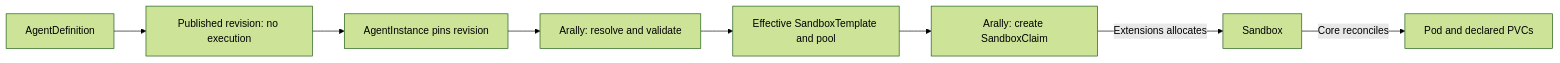
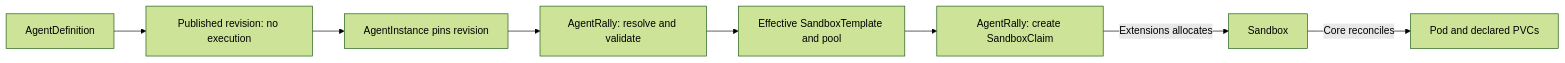
Before and after one commit to chizhang21/agentrally-operator: the second of 3 diagrams in docs/architecture.md, drawn with Mermaid (forest theme). The commit also changed other lines of this file and 54 other files, not shown here.

Commit message:
Refactor internals and unify AgentRally branding

````diff
--- a/docs/architecture.md
+++ b/docs/architecture.md
@@ -45,10 +45,10 @@
 ```mermaid
 flowchart LR
     D["AgentDefinition"] --> V["Published revision: no execution"]
     V --> AC["AgentInstance pins revision"]
-    AC --> R["Arally: resolve and validate"]
+    AC --> R["AgentRally: resolve and validate"]
     R --> P["Effective SandboxTemplate and pool"]
-    P --> CL["Arally: create SandboxClaim"]
+    P --> CL["AgentRally: create SandboxClaim"]
     CL -->|"Extensions allocates"| S["Sandbox"]
     S -->|"Core reconciles"| X["Pod and declared PVCs"]
 ```
````
